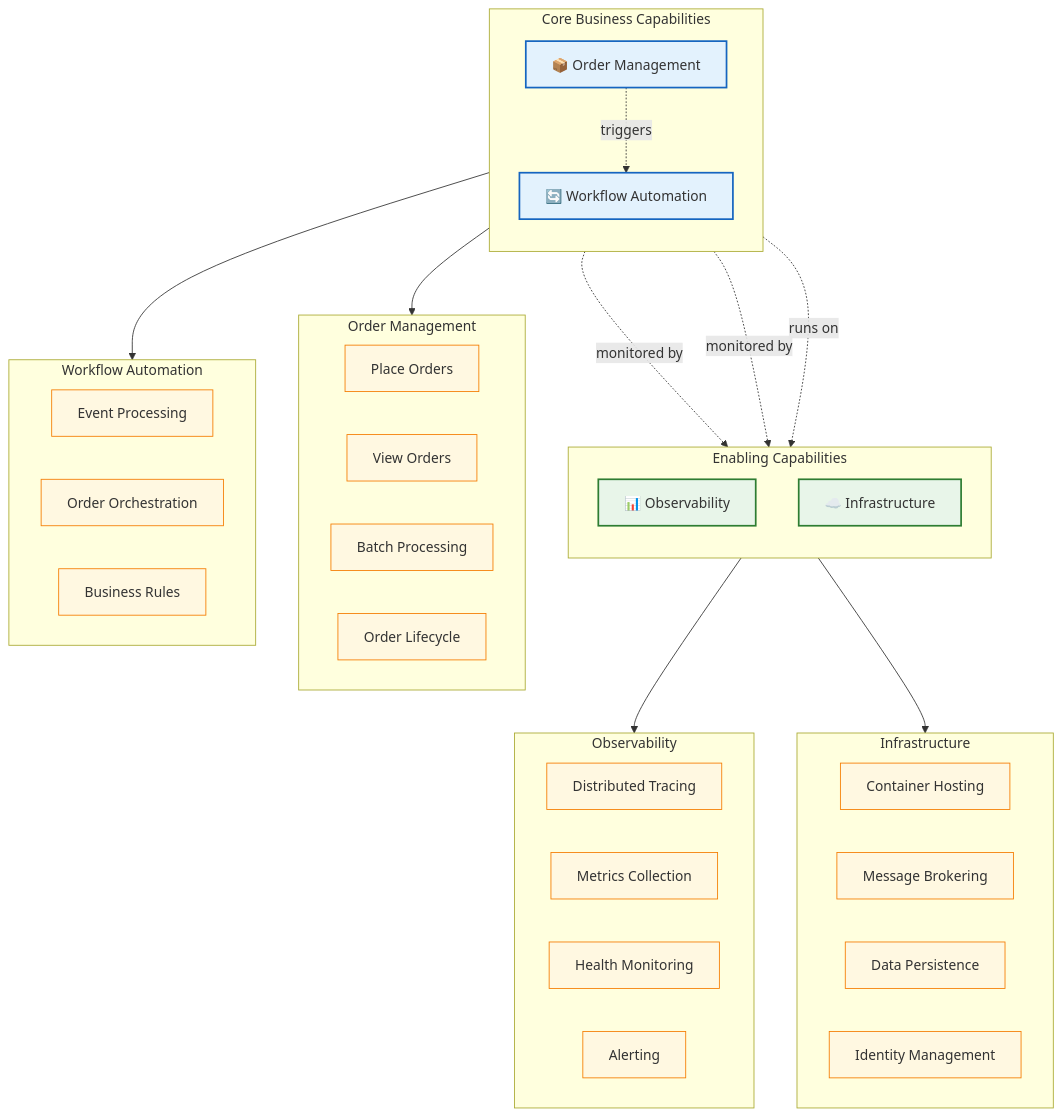
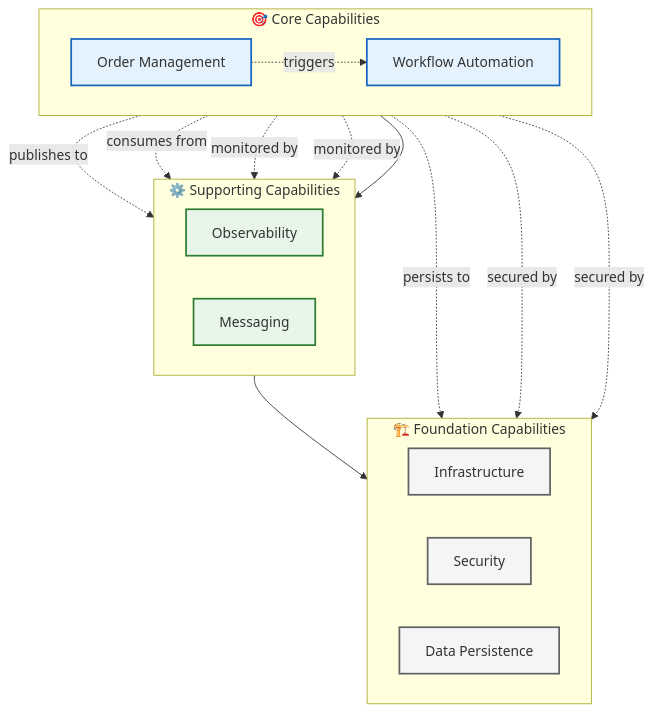
One commit to Evilazaro/Azure-LogicApps-Monitoring changed the first of 3 diagrams in docs/architecture/01-business-architecture.md. Above: the diagram before and after it, drawn with Mermaid. The commit also changed other lines of this file, not shown here.

Commit message:
Revise business capabilities section in 01-business-architecture.md to enhance clarity and detail, including a capability map and expanded descriptions for each capability.

````diff
--- a/docs/architecture/01-business-architecture.md
+++ b/docs/architecture/01-business-architecture.md
@@ -38,60 +40,40 @@
 ```mermaid
 flowchart TB
-    subgraph Core["Core Business Capabilities"]
-        direction TB
-        OM["📦 Order Management"]
-        WA["🔄 Workflow Automation"]
+    subgraph Core["🎯 Core Capabilities"]
+        direction LR
+        OM["Order Management"]
+        WA["Workflow Automation"]
     end
 
-    subgraph Enabling["Enabling Capabilities"]
-        direction TB
-        OBS["📊 Observability"]
-        INF["☁️ Infrastructure"]
+    subgraph Supporting["⚙️ Supporting Capabilities"]
+        direction LR
+        OBS["Observability"]
+        MSG["Messaging"]
     end
 
-    subgraph OM_Sub["Order Management"]
-        OM1["Place Orders"]
-        OM2["View Orders"]
-        OM3["Batch Processing"]
-        OM4["Order Lifecycle"]
+    subgraph Foundation["🏗️ Foundation Capabilities"]
+        direction LR
+        INF["Infrastructure"]
+        SEC["Security"]
+        DATA["Data Persistence"]
     end
 
-    subgraph WA_Sub["Workflow Automation"]
-        WA1["Event Processing"]
-        WA2["Order Orchestration"]
-        WA3["Business Rules"]
-    end
+    Core --> Supporting --> Foundation
 
-    subgraph OBS_Sub["Observability"]
-        OBS1["Distributed Tracing"]
-        OBS2["Metrics Collection"]
-        OBS3["Health Monitoring"]
-        OBS4["Alerting"]
-    end
-
-    subgraph INF_Sub["Infrastructure"]
-        INF1["Container Hosting"]
-        INF2["Message Brokering"]
-        INF3["Data Persistence"]
-        INF4["Identity Management"]
-    end
-
-    OM --> OM_Sub
-    WA --> WA_Sub
-    OBS --> OBS_Sub
-    INF --> INF_Sub
-
-    %% Dependencies
     OM -.->|"triggers"| WA
+    OM -.->|"publishes to"| MSG
+    WA -.->|"consumes from"| MSG
     OM -.->|"monitored by"| OBS
     WA -.->|"monitored by"| OBS
-    Core -.->|"runs on"| Enabling
+    OM -.->|"persists to"| DATA
+    OM -.->|"secured by"| SEC
+    WA -.->|"secured by"| SEC
 
-    classDef coreStyle fill:#e3f2fd,stroke:#1565c0,stroke-width:2px
-    classDef enableStyle fill:#e8f5e9,stroke:#2e7d32,stroke-width:2px
-    classDef subStyle fill:#fff8e1,stroke:#f57c00,stroke-width:1px
+    classDef core fill:#e3f2fd,stroke:#1565c0,stroke-width:2px
+    classDef support fill:#e8f5e9,stroke:#2e7d32,stroke-width:2px
+    classDef foundation fill:#f5f5f5,stroke:#616161,stroke-width:2px
 
-    class OM,WA coreStyle
-    class OBS,INF enableStyle
-    class OM1,OM2,OM3,OM4,WA1,WA2,WA3,OBS1,OBS2,OBS3,OBS4,INF1,INF2,INF3,INF4 subStyle
+    class OM,WA core
+    class OBS,MSG support
+    class INF,SEC,DATA foundation
 ```
````
